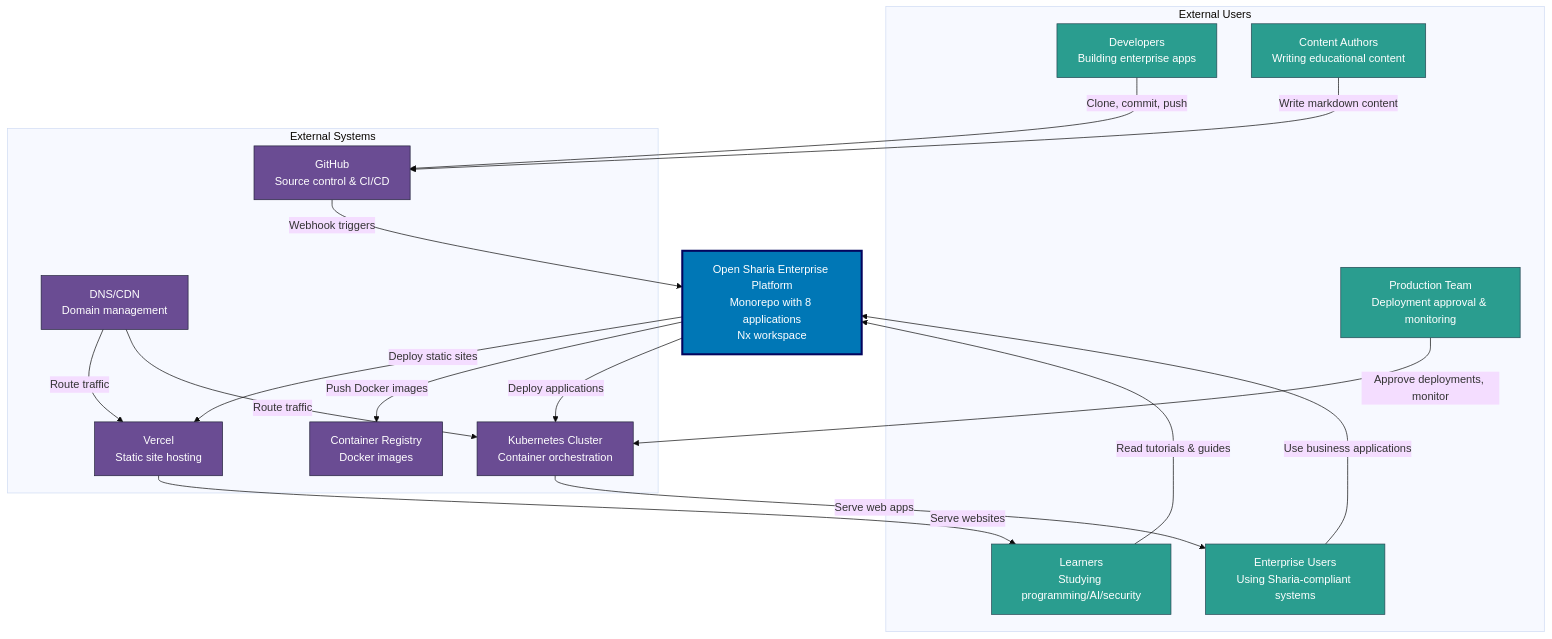
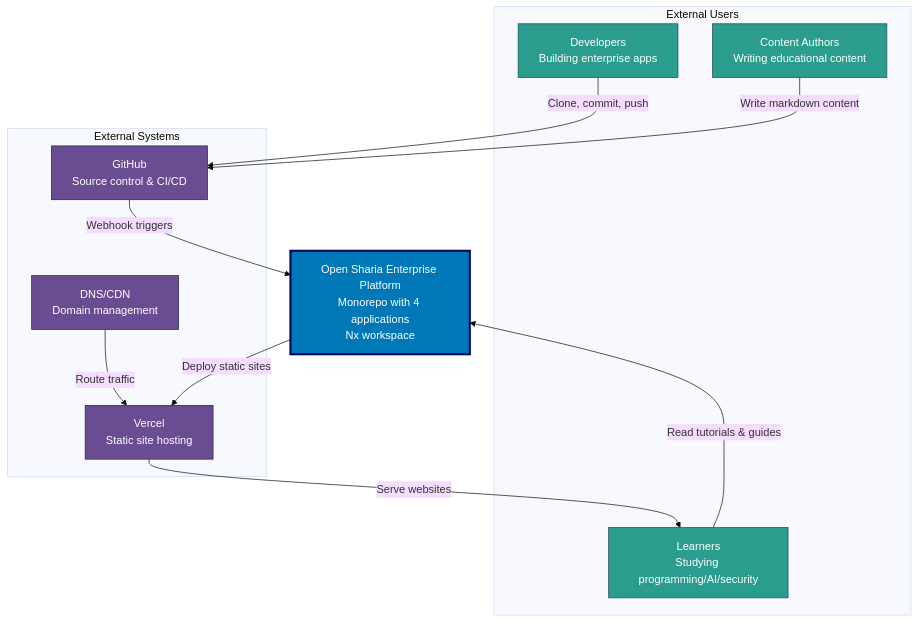
The first of 13 diagrams in docs/reference/re__system-architecture.md (wahidyankf/open-sharia-enterprise), drawn with Mermaid (base theme) before and after one commit. The commit also changed other lines of this file and 1 other file, not shown here.

First line of the commit message:
docs(reference): remove orca-grid suite from system architecture

````diff
--- a/docs/reference/re__system-architecture.md
+++ b/docs/reference/re__system-architecture.md
@@ -27,47 +27,33 @@
 ```mermaid
 graph TB
     subgraph "External Users"
         DEVS[Developers<br/>Building enterprise apps]
         AUTHORS[Content Authors<br/>Writing educational content]
         LEARNERS[Learners<br/>Studying programming/AI/security]
-        ENTERPRISES[Enterprise Users<br/>Using Sharia-compliant systems]
-        PROD_TEAM[Production Team<br/>Deployment approval & monitoring]
     end
 
-    OSE_PLATFORM[Open Sharia Enterprise Platform<br/>Monorepo with 8 applications<br/>Nx workspace]
+    OSE_PLATFORM[Open Sharia Enterprise Platform<br/>Monorepo with 4 applications<br/>Nx workspace]
 
     subgraph "External Systems"
         GITHUB[GitHub<br/>Source control & CI/CD]
         VERCEL[Vercel<br/>Static site hosting]
-        K8S[Kubernetes Cluster<br/>Container orchestration]
-        REGISTRY[Container Registry<br/>Docker images]
         DNS[DNS/CDN<br/>Domain management]
     end
 
     DEVS -->|Clone, commit, push| GITHUB
     AUTHORS -->|Write markdown content| GITHUB
     LEARNERS -->|Read tutorials & guides| OSE_PLATFORM
-    ENTERPRISES -->|Use business applications| OSE_PLATFORM
-    PROD_TEAM -->|Approve deployments, monitor| K8S
 
     GITHUB -->|Webhook triggers| OSE_PLATFORM
     OSE_PLATFORM -->|Deploy static sites| VERCEL
-    OSE_PLATFORM -->|Push Docker images| REGISTRY
-    OSE_PLATFORM -->|Deploy applications| K8S
     VERCEL -->|Serve websites| LEARNERS
-    K8S -->|Serve web apps| ENTERPRISES
     DNS -->|Route traffic| VERCEL
-    DNS -->|Route traffic| K8S
 
     style OSE_PLATFORM fill:#0077b6,stroke:#03045e,color:#ffffff,stroke-width:3px
     style DEVS fill:#2a9d8f,stroke:#264653,color:#ffffff
     style AUTHORS fill:#2a9d8f,stroke:#264653,color:#ffffff
     style LEARNERS fill:#2a9d8f,stroke:#264653,color:#ffffff
-    style ENTERPRISES fill:#2a9d8f,stroke:#264653,color:#ffffff
-    style PROD_TEAM fill:#2a9d8f,stroke:#264653,color:#ffffff
     style GITHUB fill:#6a4c93,stroke:#22223b,color:#ffffff
     style VERCEL fill:#6a4c93,stroke:#22223b,color:#ffffff
-    style K8S fill:#6a4c93,stroke:#22223b,color:#ffffff
-    style REGISTRY fill:#6a4c93,stroke:#22223b,color:#ffffff
     style DNS fill:#6a4c93,stroke:#22223b,color:#ffffff
 ```
````
